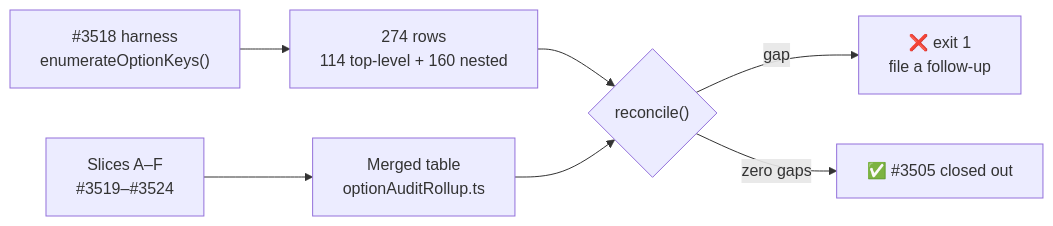
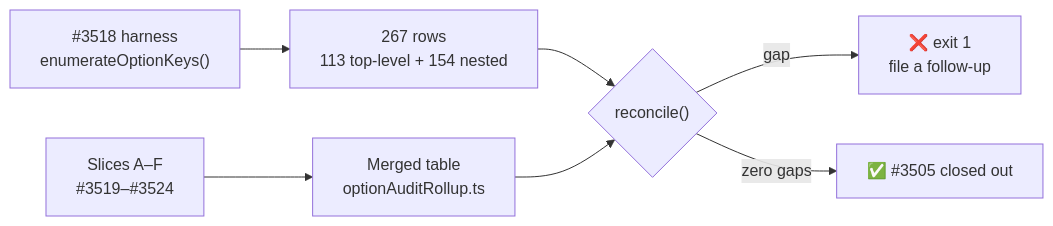
The first of 2 diagrams in docs/OPTION_AUDIT_CONSOLIDATED.md (stSoftwareAU/NEAT-AI), drawn with Mermaid before and after one commit. The commit also changed other lines of this file and 24 other files, not shown here.

````diff
--- a/docs/OPTION_AUDIT_CONSOLIDATED.md
+++ b/docs/OPTION_AUDIT_CONSOLIDATED.md
@@ -43,9 +43,9 @@
 ```mermaid
 flowchart LR
-    H["#3518 harness<br/>enumerateOptionKeys()"] --> INV["274 rows<br/>114 top-level + 160 nested"]
+    H["#3518 harness<br/>enumerateOptionKeys()"] --> INV["267 rows<br/>113 top-level + 154 nested"]
     A["Slices A–F<br/>#3519–#3524"] --> TAB["Merged table<br/>optionAuditRollup.ts"]
     INV --> REC{"reconcile()"}
     TAB --> REC
     REC -->|"gap"| GAP["❌ exit 1<br/>file a follow-up"]
     REC -->|"zero gaps"| OK["✅ #3505 closed out"]
 ```
````
